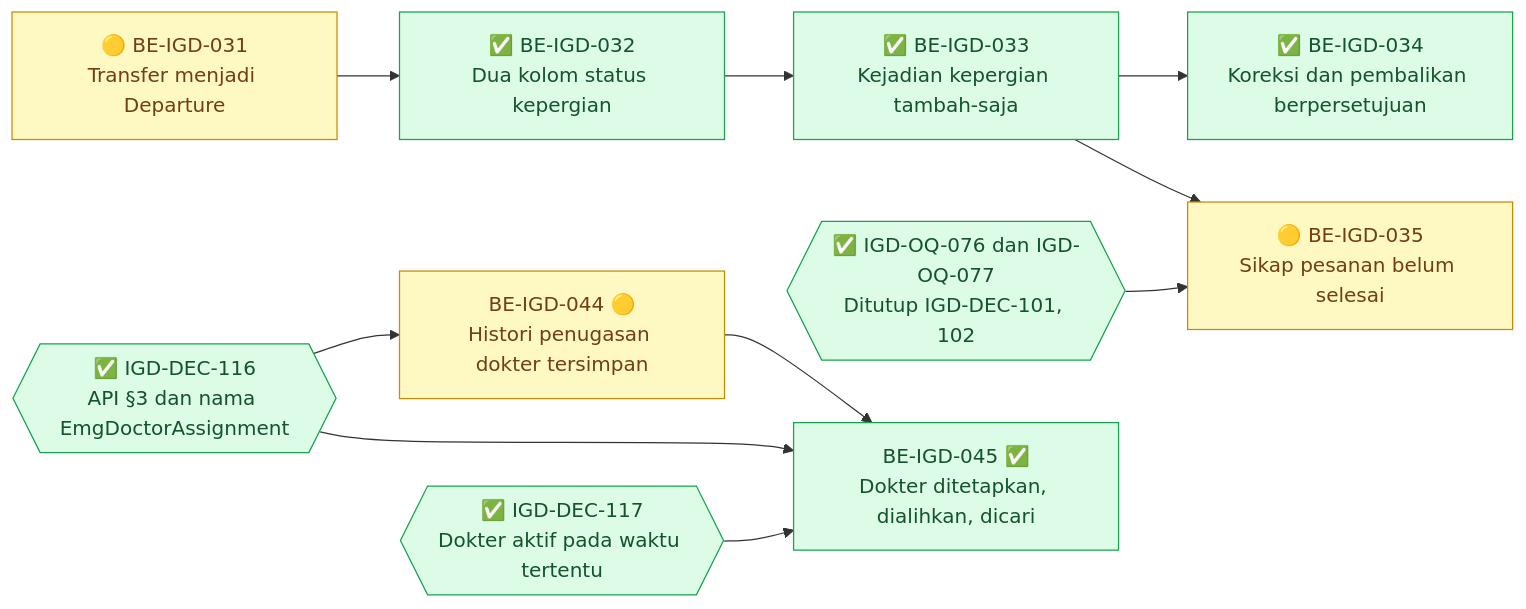
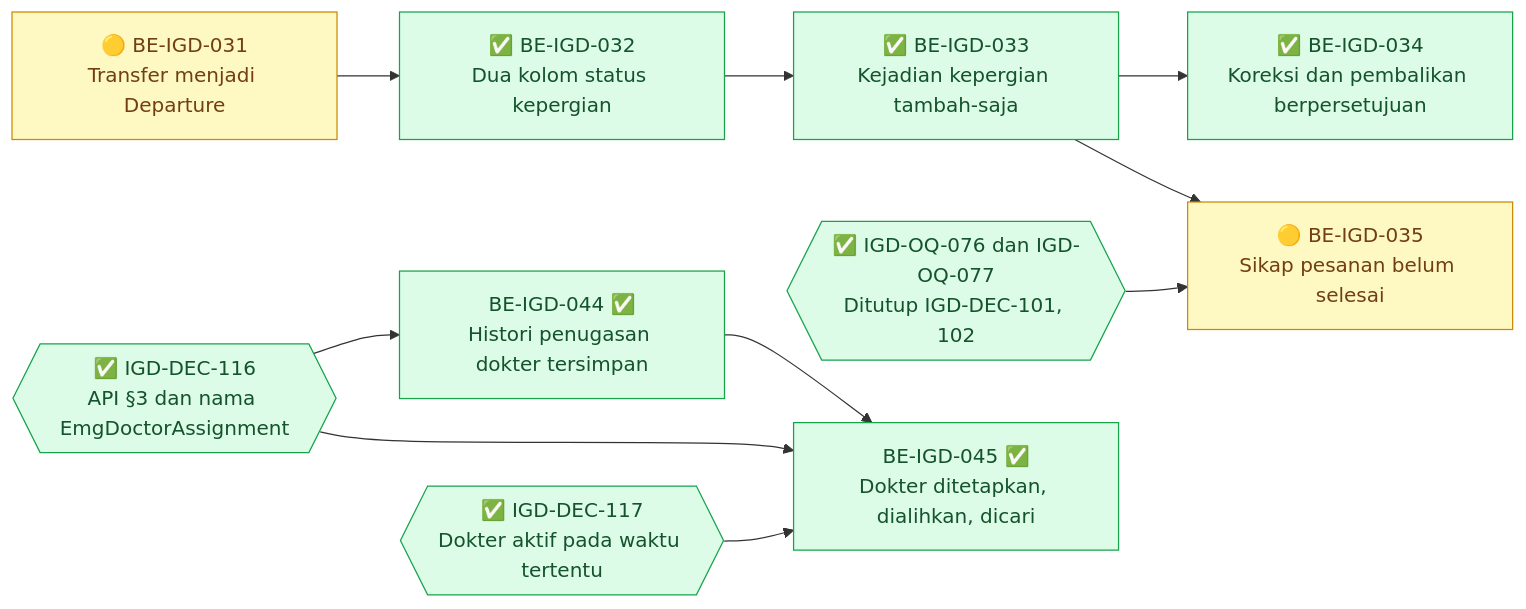
The fifth of 9 diagrams in docs/module-blueprints/igd/roadmap/backend-roadmap.md (DevBenari/NewQuilvianSystemBackend), drawn with Mermaid before and after one commit. The commit also changed other lines of this file and 20 other files, not shown here.

````diff
--- a/docs/module-blueprints/igd/roadmap/backend-roadmap.md
+++ b/docs/module-blueprints/igd/roadmap/backend-roadmap.md
@@ -873,29 +882,29 @@
 ```mermaid
 flowchart LR
     classDef selesai fill:#DCFCE7,stroke:#16A34A,color:#14532D
     classDef sebagian fill:#FEF9C3,stroke:#CA8A04,color:#713F12
     classDef terblokir fill:#FEE2E2,stroke:#DC2626,color:#7F1D1D
     classDef belum fill:#F1F5F9,stroke:#64748B,color:#0F172A
     classDef luar fill:#EDE9FE,stroke:#7C3AED,color:#3B0764
 
     BEIGD031["🟡 BE-IGD-031<br/>Transfer menjadi Departure"]:::sebagian
     BEIGD032["✅ BE-IGD-032<br/>Dua kolom status kepergian"]:::selesai
     BEIGD033["✅ BE-IGD-033<br/>Kejadian kepergian tambah-saja"]:::selesai
     BEIGD034["✅ BE-IGD-034<br/>Koreksi dan pembalikan berpersetujuan"]:::selesai
     BEIGD035["🟡 BE-IGD-035<br/>Sikap pesanan belum selesai"]:::sebagian
     OQ076{{"✅ IGD-OQ-076 dan IGD-OQ-077<br/>Ditutup IGD-DEC-101, 102"}}:::selesai
-    BEIGD044["BE-IGD-044 🟡<br/>Histori penugasan dokter tersimpan"]:::sebagian
+    BEIGD044["BE-IGD-044 ✅<br/>Histori penugasan dokter tersimpan"]:::selesai
     BEIGD045["BE-IGD-045 ✅<br/>Dokter ditetapkan, dialihkan, dicari"]:::selesai
     DEC116{{"✅ IGD-DEC-116<br/>API §3 dan nama EmgDoctorAssignment"}}:::selesai
     DEC117{{"✅ IGD-DEC-117<br/>Dokter aktif pada waktu tertentu"}}:::selesai
 
     BEIGD031 --> BEIGD032
     BEIGD032 --> BEIGD033
     BEIGD033 --> BEIGD034
     BEIGD033 --> BEIGD035
     OQ076 --> BEIGD035
     DEC116 --> BEIGD044
     BEIGD044 --> BEIGD045
     DEC116 --> BEIGD045
     DEC117 --> BEIGD045
 ```
````
